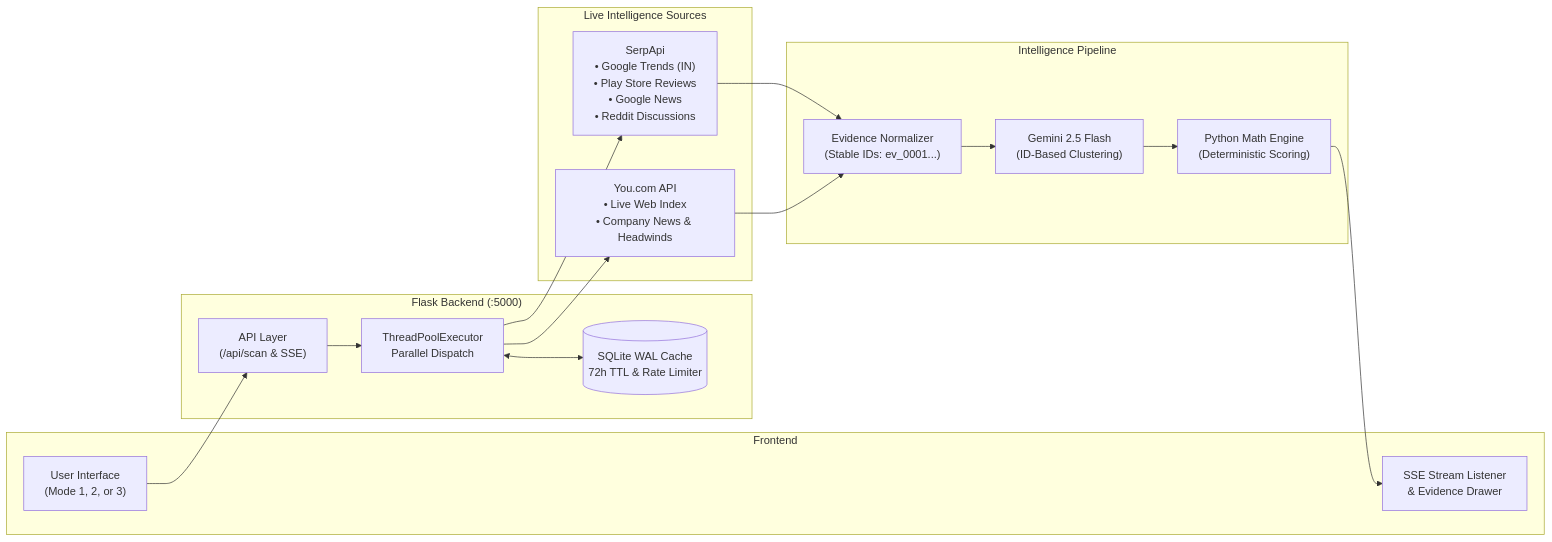
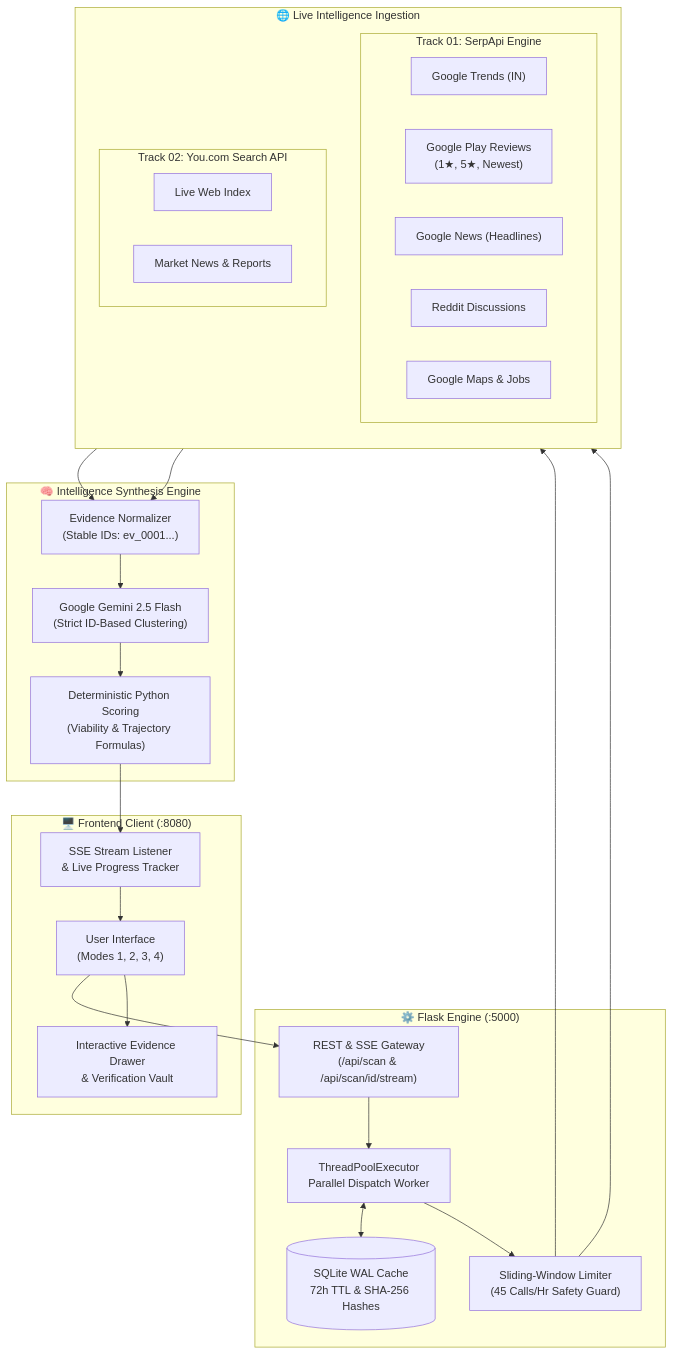
One commit to Vivekh22/Paytm_Beyond_API changed the diagram in README.md. Above: the diagram before and after it, drawn with Mermaid. The commit also changed other lines of this file and 4 other files, not shown here.

Commit message:
docs: professional hackathon README with full hero screenshot, 2x2 section showcase, tech stack badges, and complete architecture

````diff
--- a/README.md
+++ b/README.md
@@ -43,33 +82,48 @@
 ```mermaid
-flowchart LR
-    subgraph Client["Frontend"]
-        UI["User Interface\n(Mode 1, 2, or 3)"]
-        Stream["SSE Stream Listener\n& Evidence Drawer"]
+flowchart TD
+    subgraph Client["🖥️ Frontend Client (:8080)"]
+        UI["User Interface\n(Modes 1, 2, 3, 4)"]
+        SSE["SSE Stream Listener\n& Live Progress Tracker"]
+        Drawer["Interactive Evidence Drawer\n& Verification Vault"]
     end
 
-    subgraph Server["Flask Backend (:5000)"]
-        Route["API Layer\n(/api/scan & SSE)"]
-        Pool["ThreadPoolExecutor\nParallel Dispatch"]
-        Cache[("SQLite WAL Cache\n72h TTL & Rate Limiter")]
+    subgraph Backend["⚙️ Flask Engine (:5000)"]
+        Router["REST & SSE Gateway\n(/api/scan & /api/scan/id/stream)"]
+        Pool["ThreadPoolExecutor\nParallel Dispatch Worker"]
+        Cache[("SQLite WAL Cache\n72h TTL & SHA-256 Hashes")]
+        Limiter["Sliding-Window Limiter\n(45 Calls/Hr Safety Guard)"]
     end
 
-    subgraph DataSources["Live Intelligence Sources"]
-        SA["SerpApi\n• Google Trends (IN)\n• Play Store Reviews\n• Google News\n• Reddit Discussions"]
-        YC["You.com API\n• Live Web Index\n• Company News & Headwinds"]
+    subgraph Providers["🌐 Live Intelligence Ingestion"]
+        direction TB
+        subgraph Track1["Track 01: SerpApi Engine"]
+            GT["Google Trends (IN)"]
+            GP["Google Play Reviews\n(1★, 5★, Newest)"]
+            GN["Google News (Headlines)"]
+            GR["Reddit Discussions"]
+            GM["Google Maps & Jobs"]
+        end
+        subgraph Track2["Track 02: You.com Search API"]
+            YW["Live Web Index"]
+            YN["Market News & Reports"]
+        end
     end
 
-    subgraph Processing["Intelligence Pipeline"]
-        Norm["Evidence Normalizer\n(Stable IDs: ev_0001...)"]
-        Gemini["Gemini 2.5 Flash\n(ID-Based Clustering)"]
-        Math["Python Math Engine\n(Deterministic Scoring)"]
+    subgraph Core["🧠 Intelligence Synthesis Engine"]
+        Normalizer["Evidence Normalizer\n(Stable IDs: ev_0001...)"]
+        Gemini["Google Gemini 2.5 Flash\n(Strict ID-Based Clustering)"]
+        Math["Deterministic Python Scoring\n(Viability & Trajectory Formulas)"]
     end
 
-    UI --> Route
-    Route --> Pool
+    UI --> Router
+    Router --> Pool
     Pool <--> Cache
-    Pool --> SA & YC
-    SA & YC --> Norm
-    Norm --> Gemini
+    Pool --> Limiter
+    Limiter --> Track1 & Track2
+    Track1 & Track2 --> Normalizer
+    Normalizer --> Gemini
     Gemini --> Math
-    Math --> Stream
+    Math --> SSE
+    SSE --> UI
+    UI --> Drawer
 ```
````
